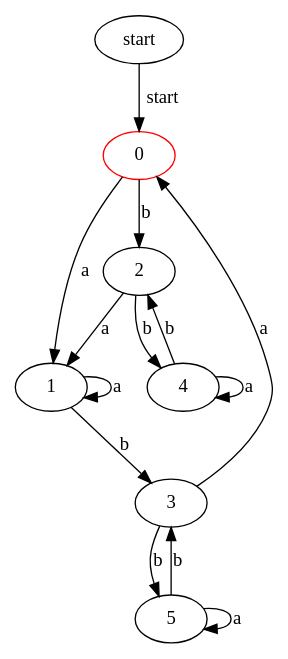
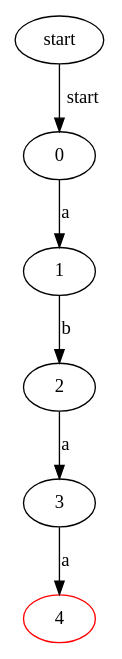
Before and after one commit to Snowcying/NFAtoDFA: the diagram in NFAtoDFA.gv, drawn with Graphviz. The commit also changed 5 other files, not shown here.

```diff
--- a/NFAtoDFA.gv
+++ b/NFAtoDFA.gv
@@ -1,23 +1,14 @@
 // NFAtoDFA
 digraph {
 	start [label=start]
-	0 [label=0 color=red]
+	0 [label=0]
 	0 -> 1 [label=a]
-	0 -> 2 [label=b]
 	1 [label=1]
-	1 -> 1 [label=a]
-	1 -> 3 [label=b]
+	1 -> 2 [label=b]
 	2 [label=2]
-	2 -> 1 [label=a]
-	2 -> 4 [label=b]
+	2 -> 3 [label=a]
 	3 [label=3]
-	3 -> 0 [label=a]
-	3 -> 5 [label=b]
-	4 [label=4]
-	4 -> 4 [label=a]
-	4 -> 2 [label=b]
-	5 [label=5]
-	5 -> 5 [label=a]
-	5 -> 3 [label=b]
+	3 -> 4 [label=a]
+	4 [label=4 color=red]
 	start -> 0 [label=start]
 }
```
